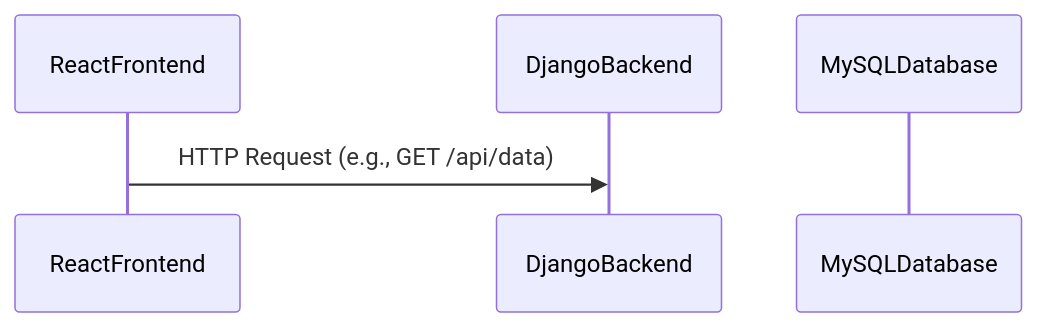
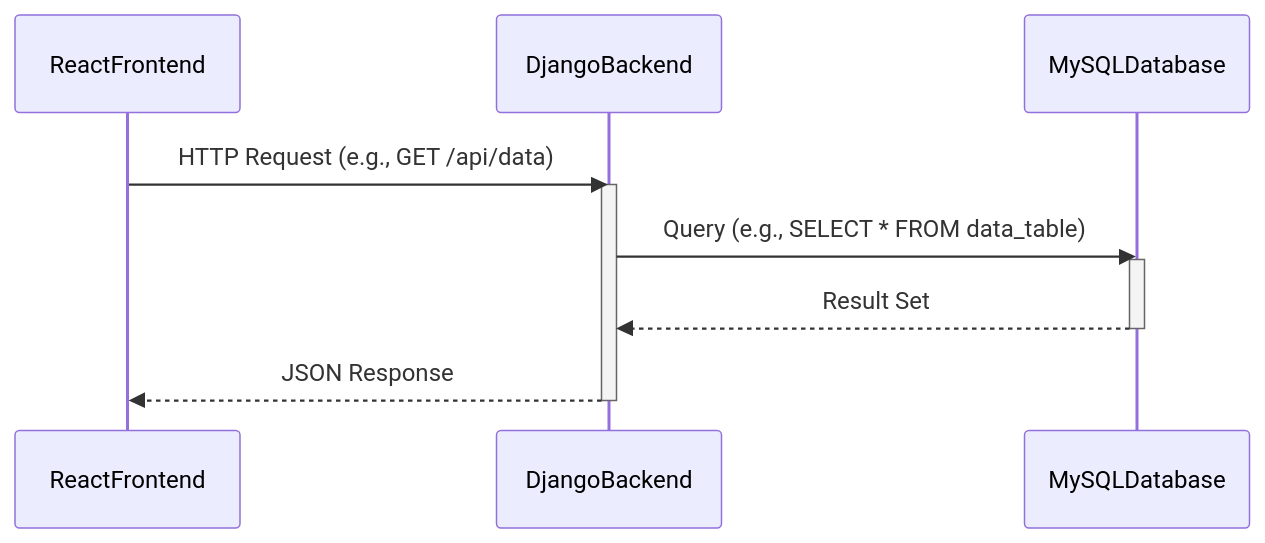
The sixth of 6 diagrams in README.md (ClearCrystals/LogicLuminaries), drawn with Mermaid before and after one commit. The commit also changed other lines of this file, not shown here.

````diff
--- a/README.md
+++ b/README.md
@@ -313,11 +239,19 @@
 ```mermaid
 sequenceDiagram
 
 participant ReactFrontend
 participant DjangoBackend
 participant MySQLDatabase
 
 ReactFrontend ->> DjangoBackend: HTTP Request (e.g., GET /api/data)
 activate DjangoBackend
 
+DjangoBackend ->> MySQLDatabase: Query (e.g., SELECT * FROM data_table)
+activate MySQLDatabase
+
+MySQLDatabase -->> DjangoBackend: Result Set
+deactivate MySQLDatabase
+
+DjangoBackend -->> ReactFrontend: JSON Response
+deactivate DjangoBackend
 ```
````
